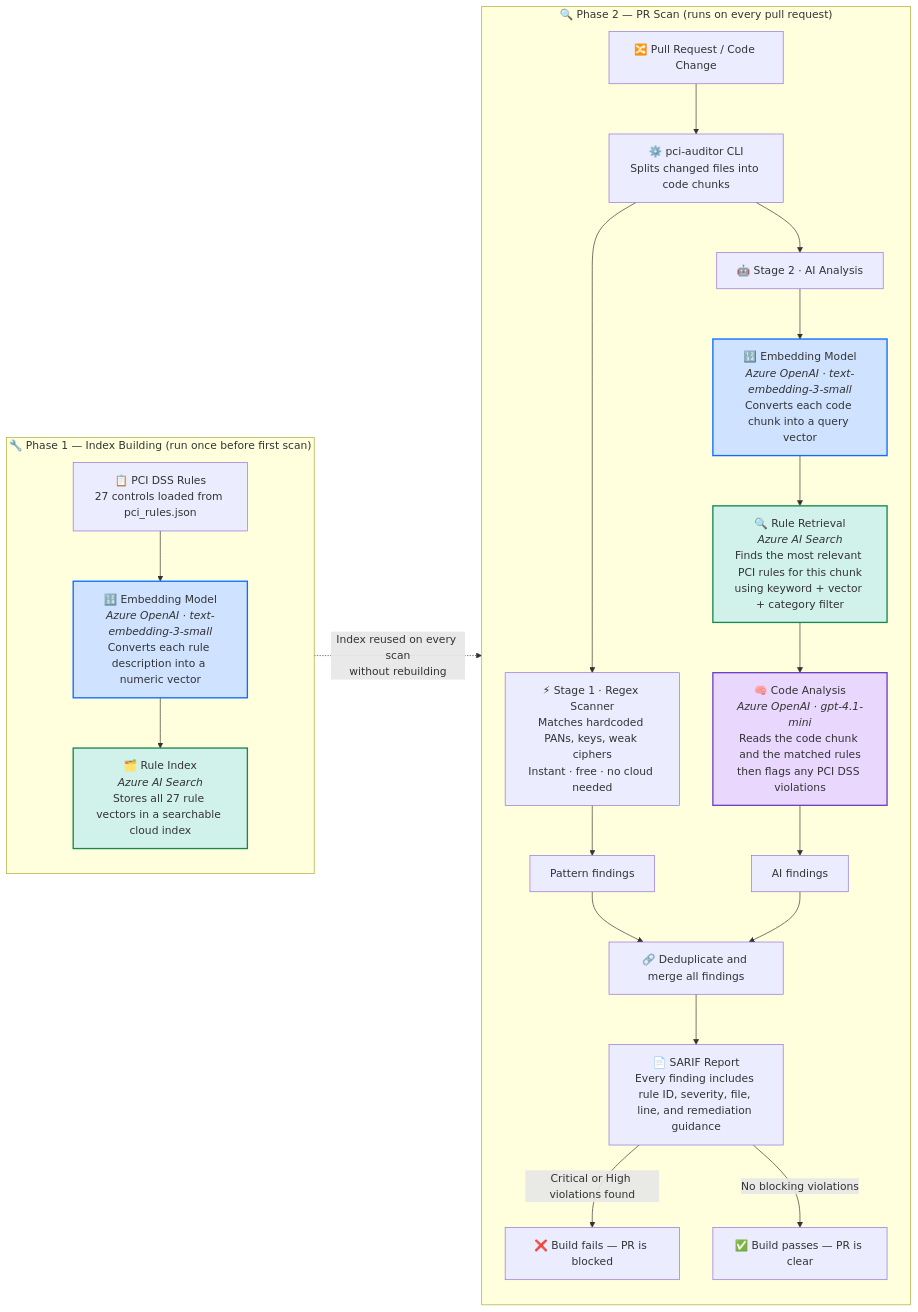
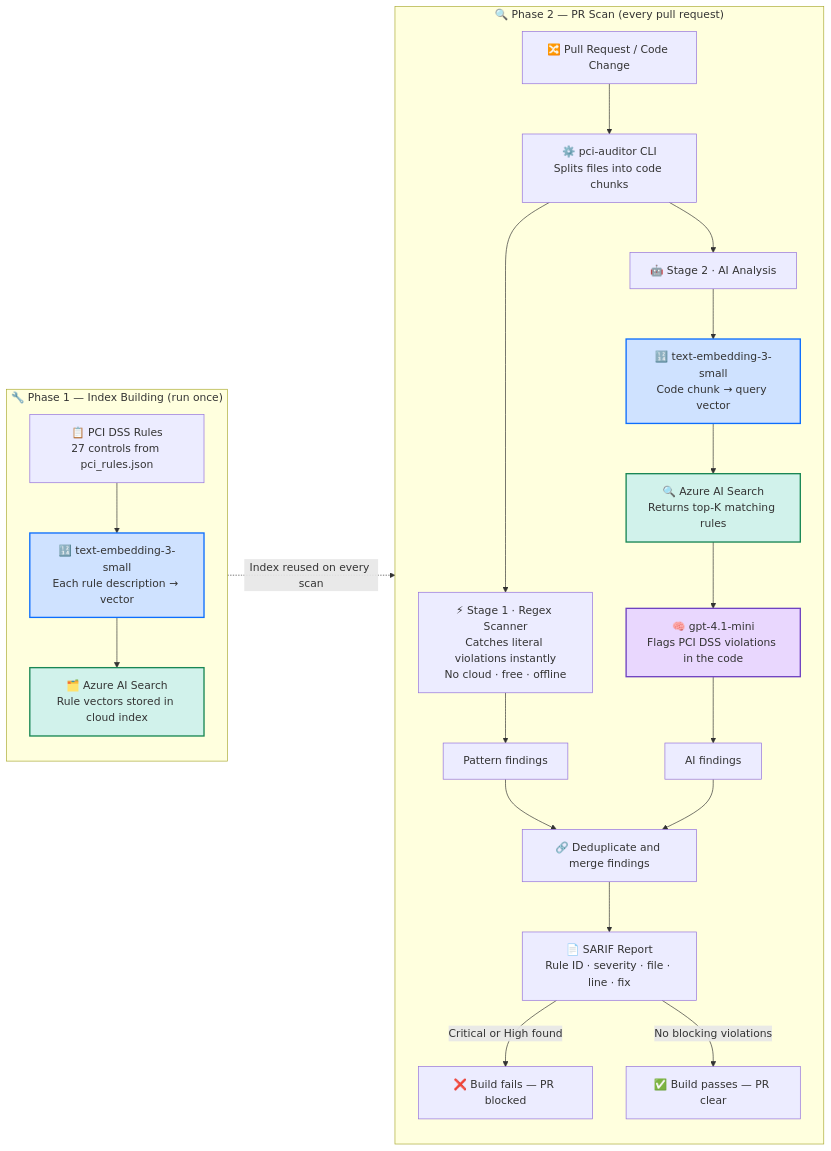
Before and after one commit to nilavanrajamani/pci-auditor: the second of 2 diagrams in README.md, drawn with Mermaid. The commit also changed other lines of this file, not shown here.

Commit message:
docs: add Azure Resources Mermaid diagram, shorten flow node labels, replace ASCII art

````diff
--- a/README.md
+++ b/README.md
@@ -61,52 +85,52 @@
 ```mermaid
 flowchart LR
-    subgraph SETUP ["🔧  Phase 1 — Index Building   (run once before first scan)"]
+    subgraph SETUP ["🔧  Phase 1 — Index Building   (run once)"]
         direction TB
-        RULES["📋 PCI DSS Rules<br/>27 controls loaded from pci_rules.json"]
-        EMBD1["🔢 Embedding Model<br/><i>Azure OpenAI · text-embedding-3-small</i><br/>Converts each rule description into a numeric vector"]
-        INDEX["🗂️ Rule Index<br/><i>Azure AI Search</i><br/>Stores all 27 rule vectors in a searchable cloud index"]
+        RULES["📋 PCI DSS Rules<br/>27 controls from pci_rules.json"]
+        EMBD1["🔢 text-embedding-3-small<br/>Each rule description → vector"]
+        INDEX["🗂️ Azure AI Search<br/>Rule vectors stored in cloud index"]
         RULES --> EMBD1 --> INDEX
     end
 
-    subgraph SCAN ["🔍  Phase 2 — PR Scan   (runs on every pull request)"]
+    subgraph SCAN ["🔍  Phase 2 — PR Scan   (every pull request)"]
         direction TB
         PR["🔀 Pull Request / Code Change"]
-        CLI["⚙️ pci-auditor CLI<br/>Splits changed files into code chunks"]
+        CLI["⚙️ pci-auditor CLI<br/>Splits files into code chunks"]
         PR --> CLI
 
-        REGEX["⚡ Stage 1 · Regex Scanner<br/>Matches hardcoded PANs, keys, weak ciphers<br/>Instant · free · no cloud needed"]
+        REGEX["⚡ Stage 1 · Regex Scanner<br/>Catches literal violations instantly<br/>No cloud · free · offline"]
         AISTAGE["🤖 Stage 2 · AI Analysis"]
         CLI --> REGEX
         CLI --> AISTAGE
 
-        EMBD2["🔢 Embedding Model<br/><i>Azure OpenAI · text-embedding-3-small</i><br/>Converts each code chunk into a query vector"]
-        SEARCHQ["🔍 Rule Retrieval<br/><i>Azure AI Search</i><br/>Finds the most relevant PCI rules for this chunk<br/>using keyword + vector + category filter"]
-        GPT["🧠 Code Analysis<br/><i>Azure OpenAI · gpt-4.1-mini</i><br/>Reads the code chunk and the matched rules<br/>then flags any PCI DSS violations"]
+        EMBD2["🔢 text-embedding-3-small<br/>Code chunk → query vector"]
+        SEARCHQ["🔍 Azure AI Search<br/>Returns top-K matching rules"]
+        GPT["🧠 gpt-4.1-mini<br/>Flags PCI DSS violations in the code"]
         AISTAGE --> EMBD2 --> SEARCHQ --> GPT
 
         PF["Pattern findings"]
         AF["AI findings"]
         REGEX --> PF
         GPT --> AF
 
-        MERGE["🔗 Deduplicate and merge all findings"]
+        MERGE["🔗 Deduplicate and merge findings"]
         PF --> MERGE
         AF --> MERGE
 
-        SARIF["📄 SARIF Report<br/>Every finding includes rule ID, severity, file, line, and remediation guidance"]
+        SARIF["📄 SARIF Report<br/>Rule ID · severity · file · line · fix"]
         MERGE --> SARIF
 
-        FAIL["❌ Build fails — PR is blocked"]
-        PASS["✅ Build passes — PR is clear"]
-        SARIF -->|"Critical or High violations found"| FAIL
+        FAIL["❌ Build fails — PR blocked"]
+        PASS["✅ Build passes — PR clear"]
+        SARIF -->|"Critical or High found"| FAIL
         SARIF -->|"No blocking violations"| PASS
     end
 
-    SETUP -.->|"Index reused on every scan<br/>without rebuilding"| SCAN
+    SETUP -.->|"Index reused on every scan"| SCAN
 
     style EMBD1   fill:#cfe2ff,stroke:#0d6efd,stroke-width:2px
     style EMBD2   fill:#cfe2ff,stroke:#0d6efd,stroke-width:2px
     style GPT     fill:#e9d7fe,stroke:#6f42c1,stroke-width:2px
     style INDEX   fill:#d1f2eb,stroke:#198754,stroke-width:2px
     style SEARCHQ fill:#d1f2eb,stroke:#198754,stroke-width:2px
 ```
````
